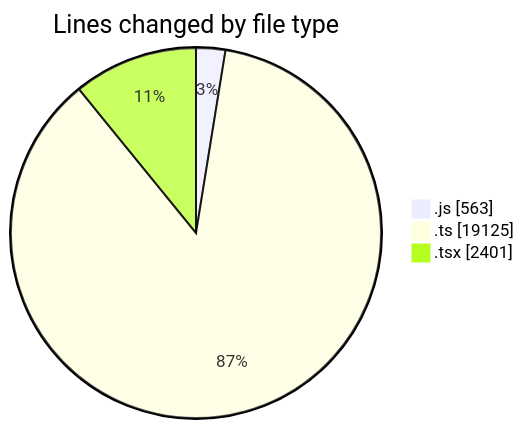
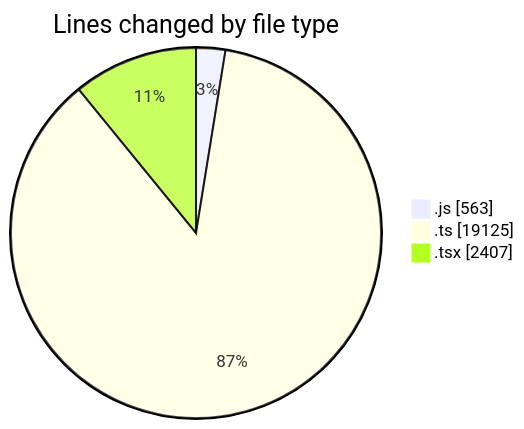
One commit to momahboobian/code-tracking changed the first of 2 diagrams in 2025-11-14/cda/README.md. Above: the diagram before and after it, drawn with Mermaid. The commit also changed other lines of this file and 1 other file, not shown here.

````diff
--- a/2025-11-14/cda/README.md
+++ b/2025-11-14/cda/README.md
@@ -41,7 +41,7 @@
 ```mermaid
 pie showData
 title Lines changed by file type
 ".js" : 563
 ".ts" : 19125
-".tsx" : 2401
+".tsx" : 2407
 ```
````
